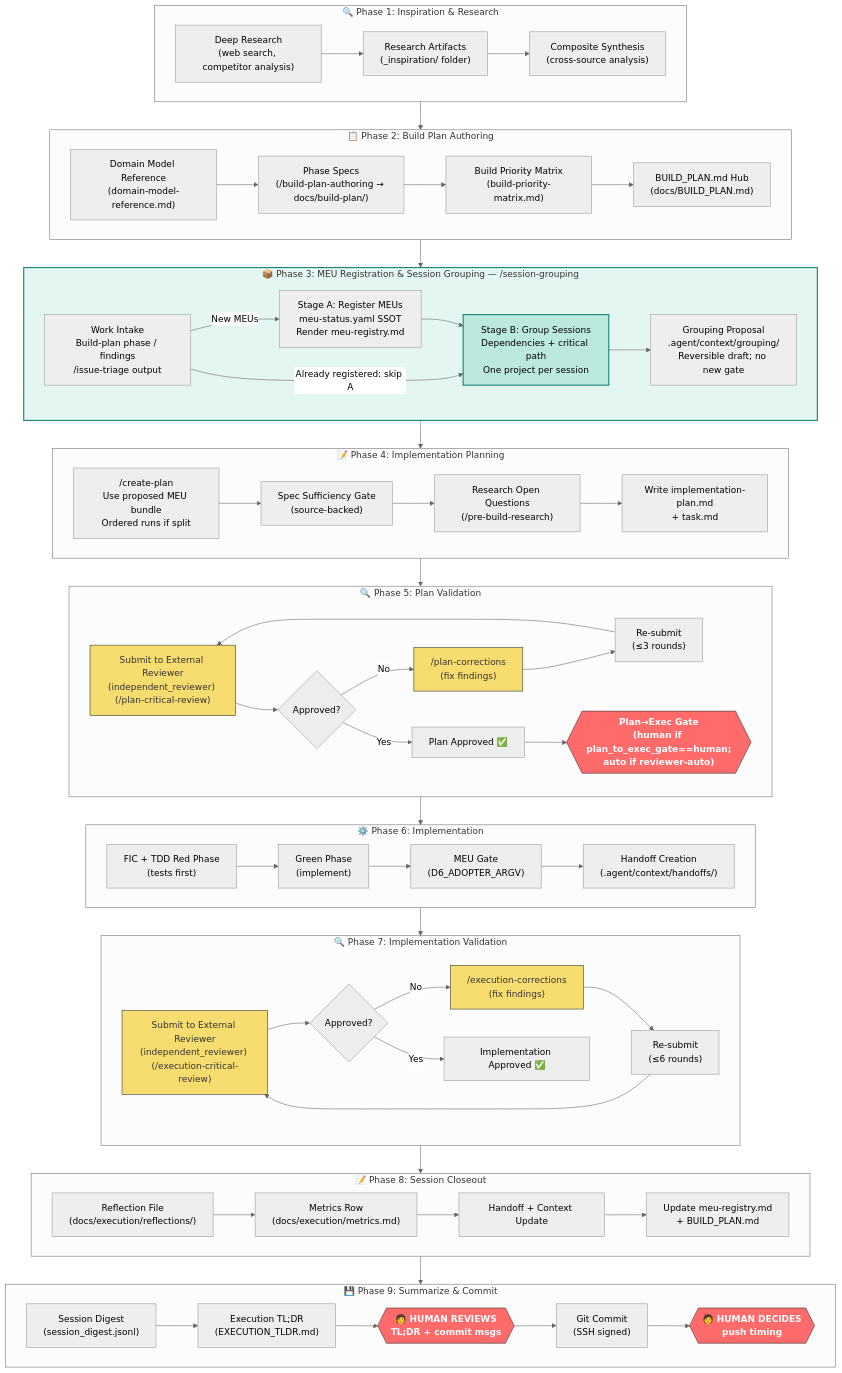
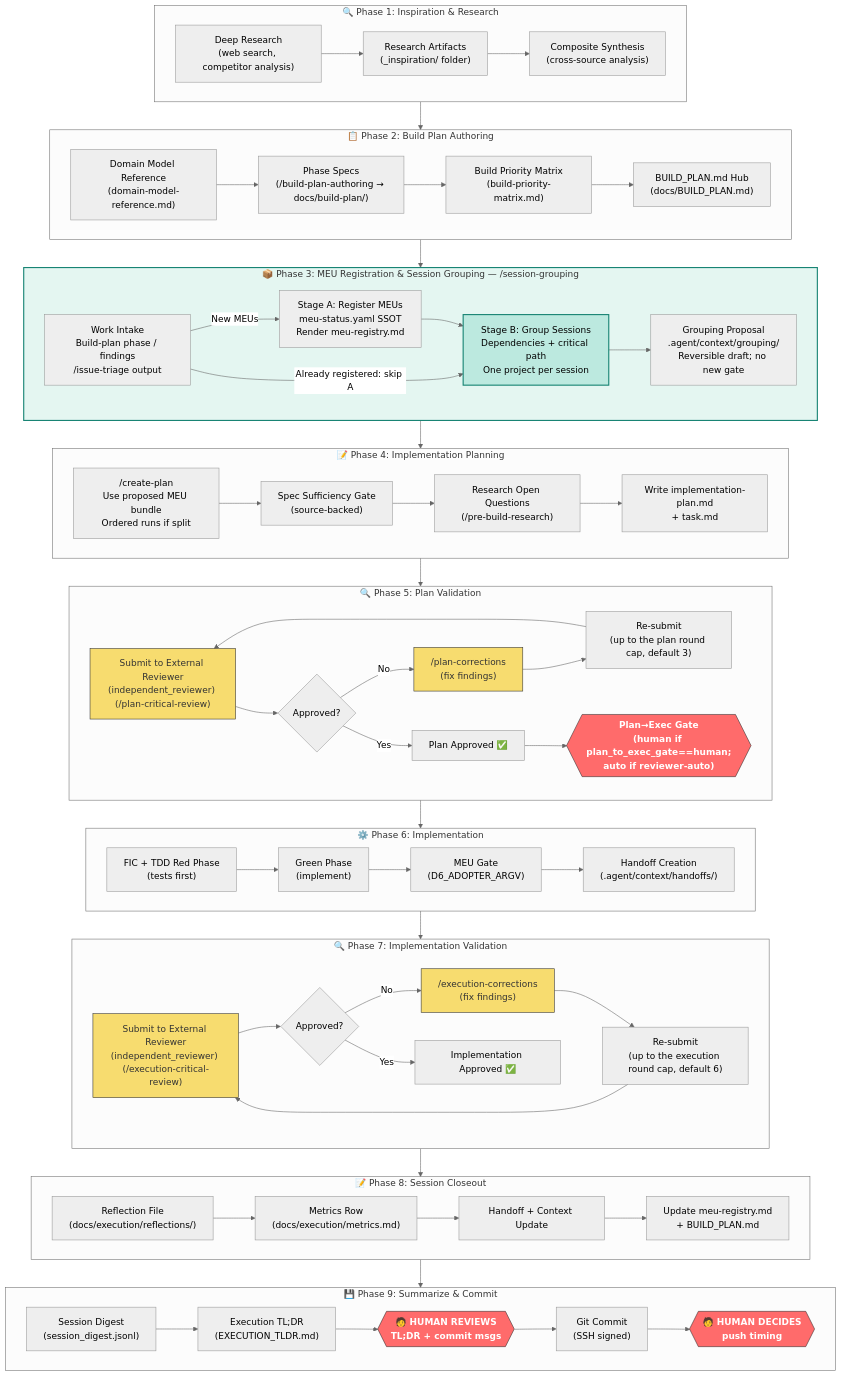
Before and after one commit to matbanik/agentic-framework: the first of 3 diagrams in core/.agent/docs/development-lifecycle.md, drawn with Mermaid (neutral theme). The commit also changed other lines of this file and 20 other files, not shown here.

```diff
--- a/core/.agent/docs/development-lifecycle.md
+++ b/core/.agent/docs/development-lifecycle.md
@@ -53,7 +53,7 @@
         E1["Submit to External Reviewer<br/>(independent_reviewer) (/plan-critical-review)"]
         E2{"Approved?"}
         E3["/plan-corrections<br/>(fix findings)"]
-        E4["Re-submit<br/>(≤3 rounds)"]
+        E4["Re-submit<br/>(up to the plan round cap, default 3)"]
         E1 --> E2
         E2 -->|No| E3 --> E4 --> E1
         E2 -->|Yes| E5["Plan Approved ✅"]
@@ -72,7 +72,7 @@
         G1["Submit to External Reviewer<br/>(independent_reviewer) (/execution-critical-review)"]
         G2{"Approved?"}
         G3["/execution-corrections<br/>(fix findings)"]
-        G4["Re-submit<br/>(≤6 rounds)"]
+        G4["Re-submit<br/>(up to the execution round cap, default 6)"]
         G1 --> G2
         G2 -->|No| G3 --> G4 --> G1
         G2 -->|Yes| G5["Implementation Approved ✅"]
```
